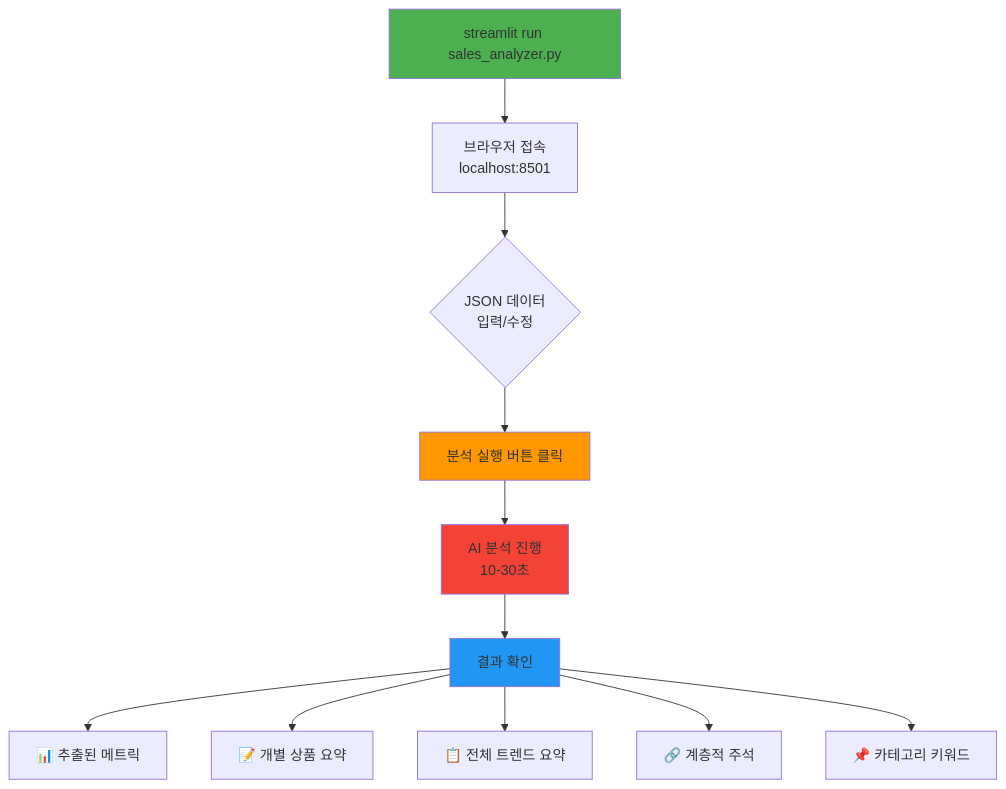
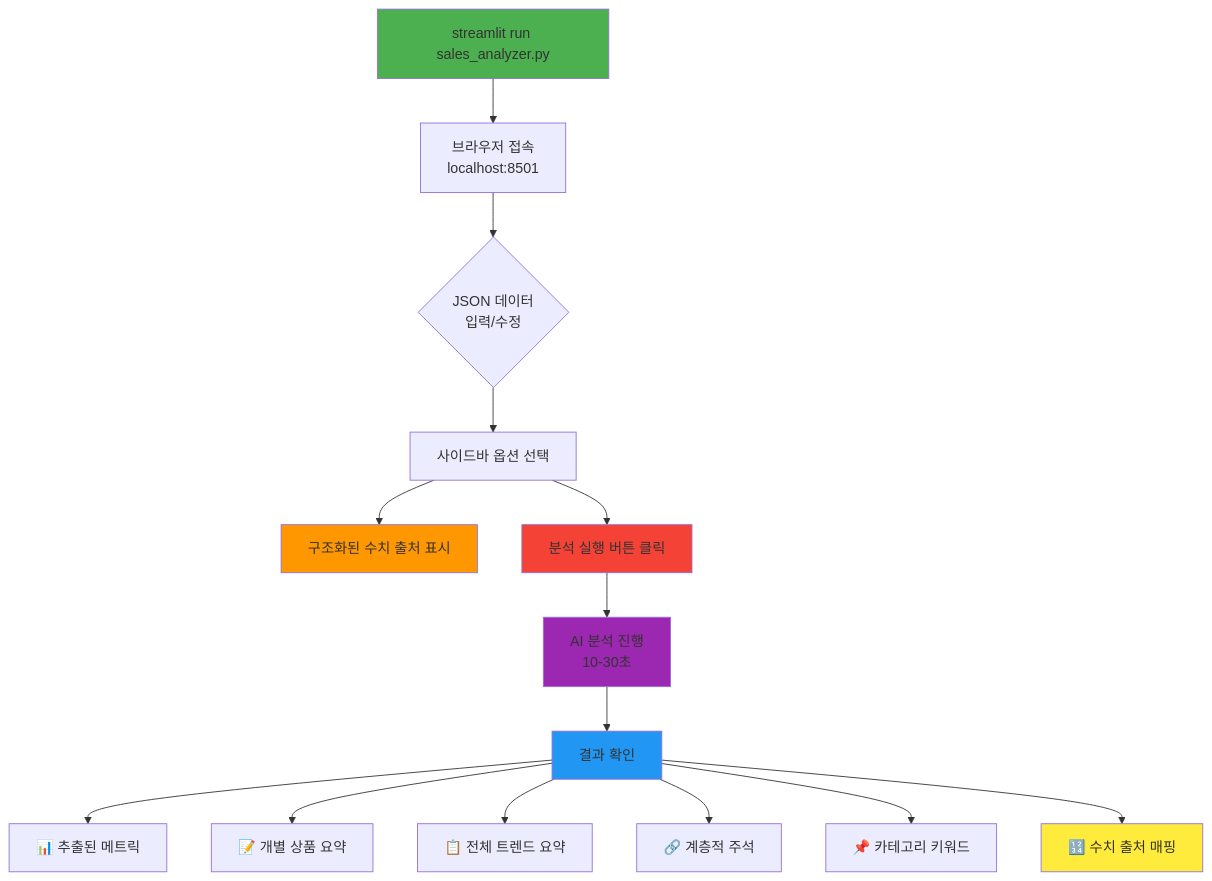
Before and after one commit to heungh/json_summary_demo: the eighth of 11 diagrams in README.md, drawn with Mermaid. The commit also changed other lines of this file and 1 other file, not shown here.

````diff
--- a/README.md
+++ b/README.md
@@ -270,19 +335,24 @@
 ```mermaid
 graph TD
     A[streamlit run sales_analyzer.py] --> B[브라우저 접속<br/>localhost:8501]
     B --> C{JSON 데이터<br/>입력/수정}
-    C --> D[분석 실행 버튼 클릭]
-    D --> E[AI 분석 진행<br/>10-30초]
-    E --> F[결과 확인]
+    C --> D[사이드바 옵션 선택]
+    D --> D1[구조화된 수치 출처 표시]
+    D --> E[분석 실행 버튼 클릭]
+    E --> F[AI 분석 진행<br/>10-30초]
+    F --> G[결과 확인]
     
-    F --> F1[📊 추출된 메트릭]
-    F --> F2[📝 개별 상품 요약]
-    F --> F3[📋 전체 트렌드 요약]
-    F --> F4[🔗 계층적 주석]
-    F --> F5[📌 카테고리 키워드]
+    G --> G1[📊 추출된 메트릭]
+    G --> G2[📝 개별 상품 요약]
+    G --> G3[📋 전체 트렌드 요약]
+    G --> G4[🔗 계층적 주석]
+    G --> G5[📌 카테고리 키워드]
+    G --> G6[🔢 수치 출처 매핑]
     
     style A fill:#4caf50
-    style D fill:#ff9800
+    style D1 fill:#ff9800
     style E fill:#f44336
-    style F fill:#2196f3
+    style F fill:#9c27b0
+    style G fill:#2196f3
+    style G6 fill:#ffeb3b
 ```
````
